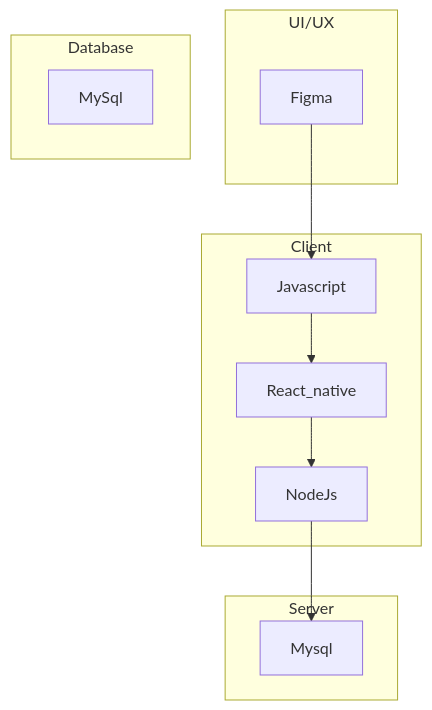
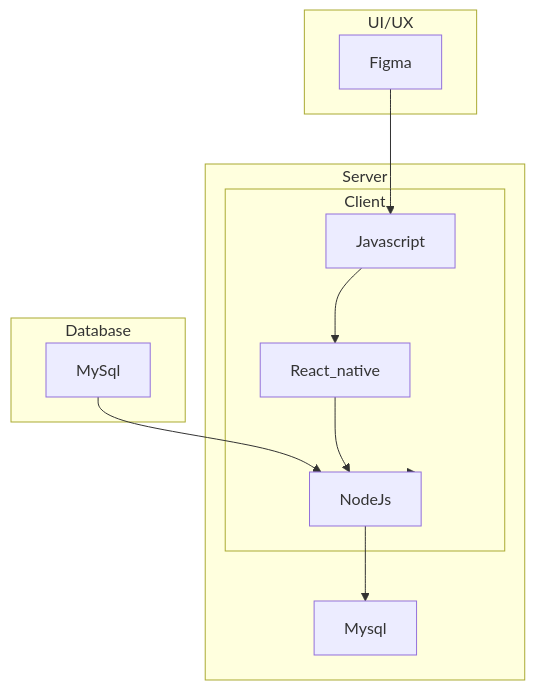
Before and after one commit to fahrizap/Kodein: the second of 2 diagrams in job interview.MD, drawn with Mermaid.

Commit message:
Update job interview.MD

````diff
--- a/job interview.MD
+++ b/job interview.MD
@@ -77,19 +77,20 @@
 ```mermaid
 flowchart TB
     Figma-->Javascript
     subgraph UI/UX
     Figma
     end
     subgraph Client
     Javascript-->React_native
     React_native-->NodeJs
     end
     subgraph Server
     NodeJs-->Mysql
+    NodeJs-->Client
     end
     subgraph Database
-    MySql
+    MySql-->NodeJs
     end
   
     
 ```
````
